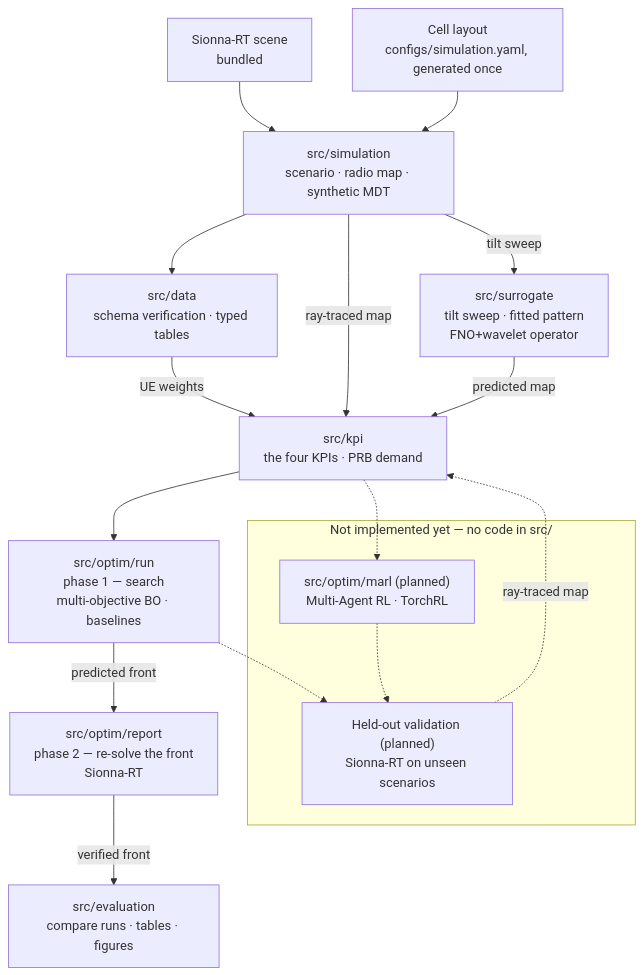
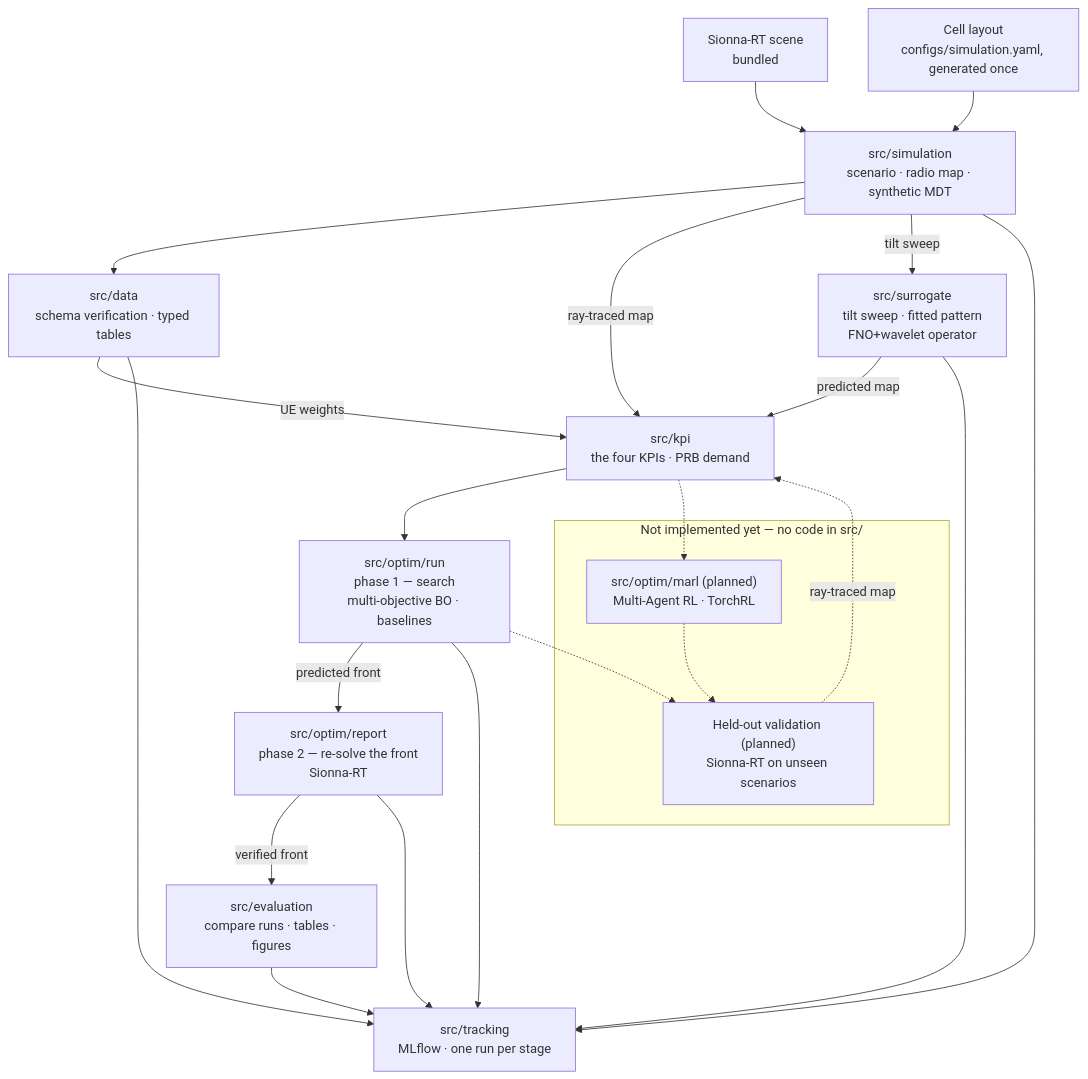
Before and after one commit to NguyenVu04/band-tilt: the diagram in README.md, drawn with Mermaid. The commit also changed other lines of this file and 29 other files, not shown here.

````diff
--- a/README.md
+++ b/README.md
@@ -94,33 +94,35 @@
 ```mermaid
 flowchart TB
     scene["Sionna-RT scene<br/>bundled"]
     cells["Cell layout<br/>configs/simulation.yaml, generated once"]
 
     sim["src/simulation<br/>scenario · radio map · synthetic MDT"]
     prep["src/data<br/>schema verification · typed tables"]
     kpi["src/kpi<br/>the four KPIs · PRB demand"]
     opt["src/optim/run<br/>phase 1 — search<br/>multi-objective BO · baselines"]
     ver["src/optim/report<br/>phase 2 — re-solve the front<br/>Sionna-RT"]
     rep["src/evaluation<br/>compare runs · tables · figures"]
+    mlf["src/tracking<br/>MLflow · one run per stage"]
     sur["src/surrogate<br/>tilt sweep · fitted pattern<br/>FNO+wavelet operator"]
 
     subgraph future["Not implemented yet — no code in src/"]
         marl["src/optim/marl (planned)<br/>Multi-Agent RL · TorchRL"]
         val["Held-out validation (planned)<br/>Sionna-RT on unseen scenarios"]
     end
 
     scene --> sim
     cells --> sim
     sim --> prep
     sim -->|ray-traced map| kpi
     prep -->|UE weights| kpi
     kpi --> opt
     opt -->|predicted front| ver
     ver -->|verified front| rep
     sim -->|tilt sweep| sur
     sur -->|predicted map| kpi
+    sim & prep & sur & opt & ver & rep --> mlf
     kpi -.-> marl
     opt -.-> val
     marl -.-> val
     val -.->|ray-traced map| kpi
 ```
````
